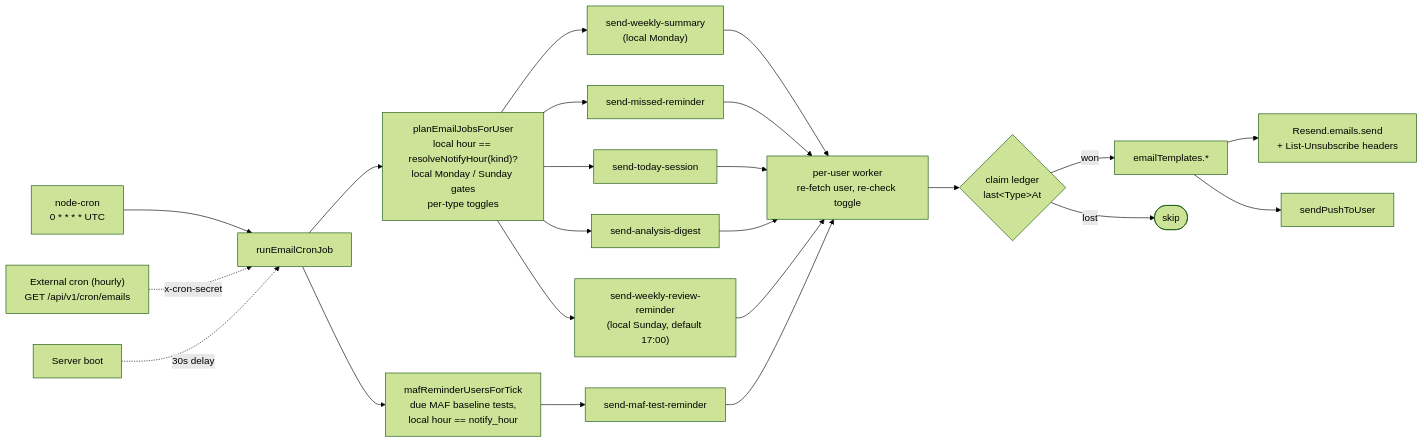
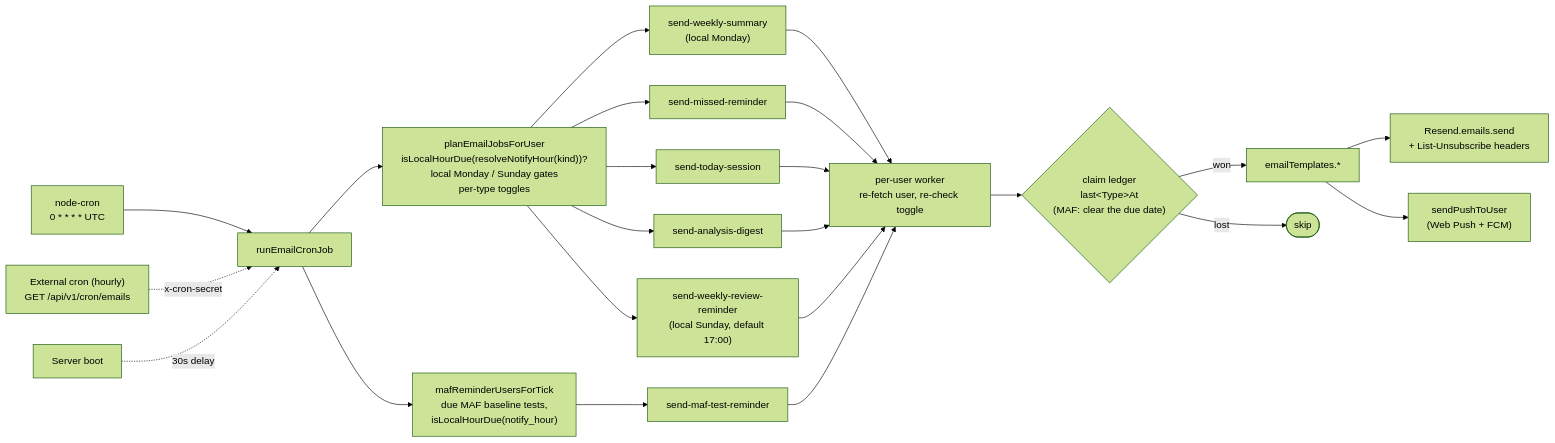
The eighth of 8 diagrams in docs/architecture.md (daler91/Hyrox-Companion), drawn with Mermaid (forest theme) before and after one commit. The commit also changed other lines of this file and 1 other file, not shown here.

First line of the commit message:
docs(architecture, server): verify flows, dependency graph and env table

````diff
--- a/docs/architecture.md
+++ b/docs/architecture.md
@@ -435,30 +443,30 @@
 ```mermaid
 flowchart LR
     Cron["node-cron<br/>0 * * * * UTC"] --> Run[runEmailCronJob]
     Ext["External cron (hourly)<br/>GET /api/v1/cron/emails"] -. x-cron-secret .-> Run
     Startup["Server boot"] -. 30s delay .-> Run
 
-    Run --> Plan["planEmailJobsForUser<br/>local hour == resolveNotifyHour(kind)?<br/>local Monday / Sunday gates<br/>per-type toggles"]
+    Run --> Plan["planEmailJobsForUser<br/>isLocalHourDue(resolveNotifyHour(kind))?<br/>local Monday / Sunday gates<br/>per-type toggles"]
 
     Plan --> QW["send-weekly-summary<br/>(local Monday)"]
     Plan --> QM["send-missed-reminder"]
     Plan --> QT["send-today-session"]
     Plan --> QA["send-analysis-digest"]
     Plan --> QR["send-weekly-review-reminder<br/>(local Sunday, default 17:00)"]
-    Run --> Maf["mafReminderUsersForTick<br/>due MAF baseline tests,<br/>local hour == notify_hour"]
+    Run --> Maf["mafReminderUsersForTick<br/>due MAF baseline tests,<br/>isLocalHourDue(notify_hour)"]
     Maf --> QF["send-maf-test-reminder"]
 
     QW --> W["per-user worker<br/>re-fetch user, re-check toggle"]
     QM --> W
     QT --> W
     QA --> W
     QR --> W
     QF --> W
 
-    W --> Guard{"claim ledger<br/>last&lt;Type&gt;At"}
+    W --> Guard{"claim ledger<br/>last&lt;Type&gt;At<br/>(MAF: clear the due date)"}
     Guard -- won --> Tmpl[emailTemplates.*]
     Guard -- lost --> Skip([skip])
 
     Tmpl --> Send["Resend.emails.send<br/>+ List-Unsubscribe headers"]
-    Tmpl --> Push[sendPushToUser]
+    Tmpl --> Push["sendPushToUser<br/>(Web Push + FCM)"]
 ```
````
